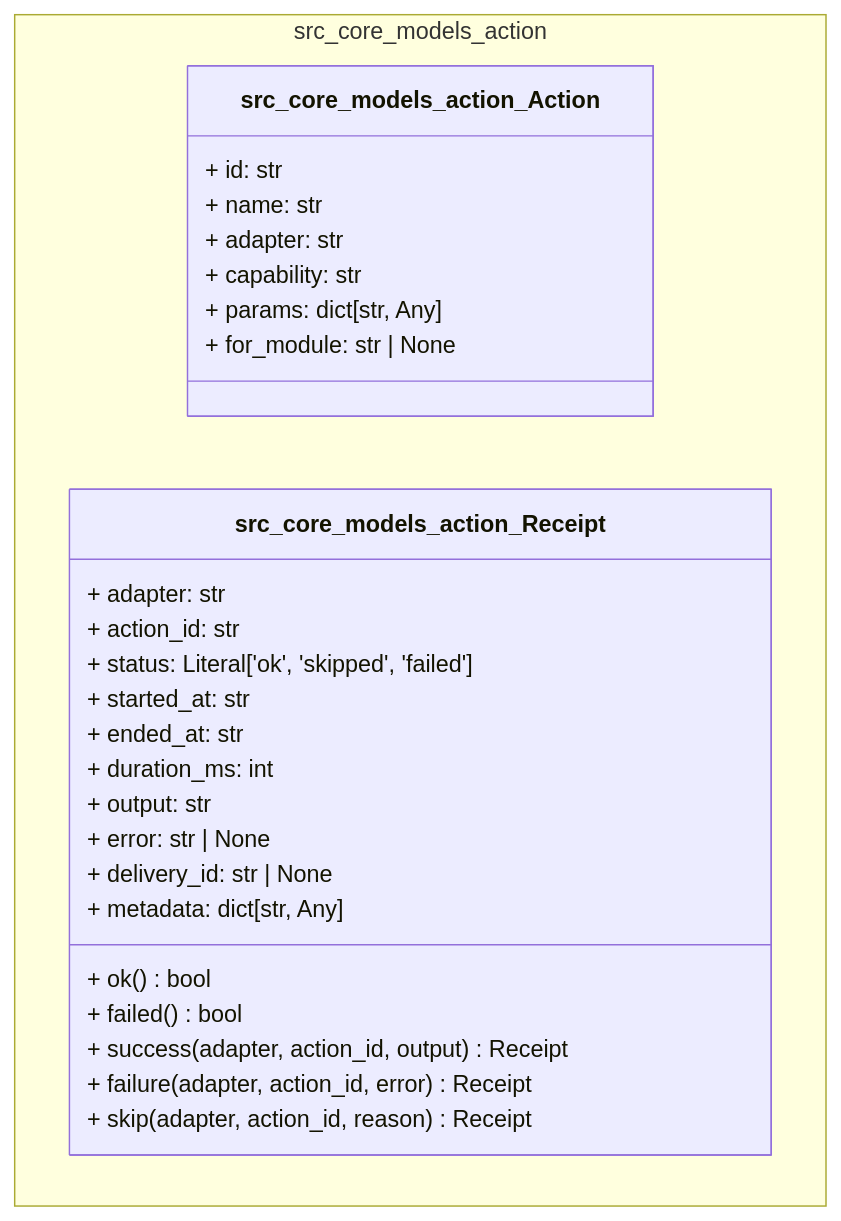
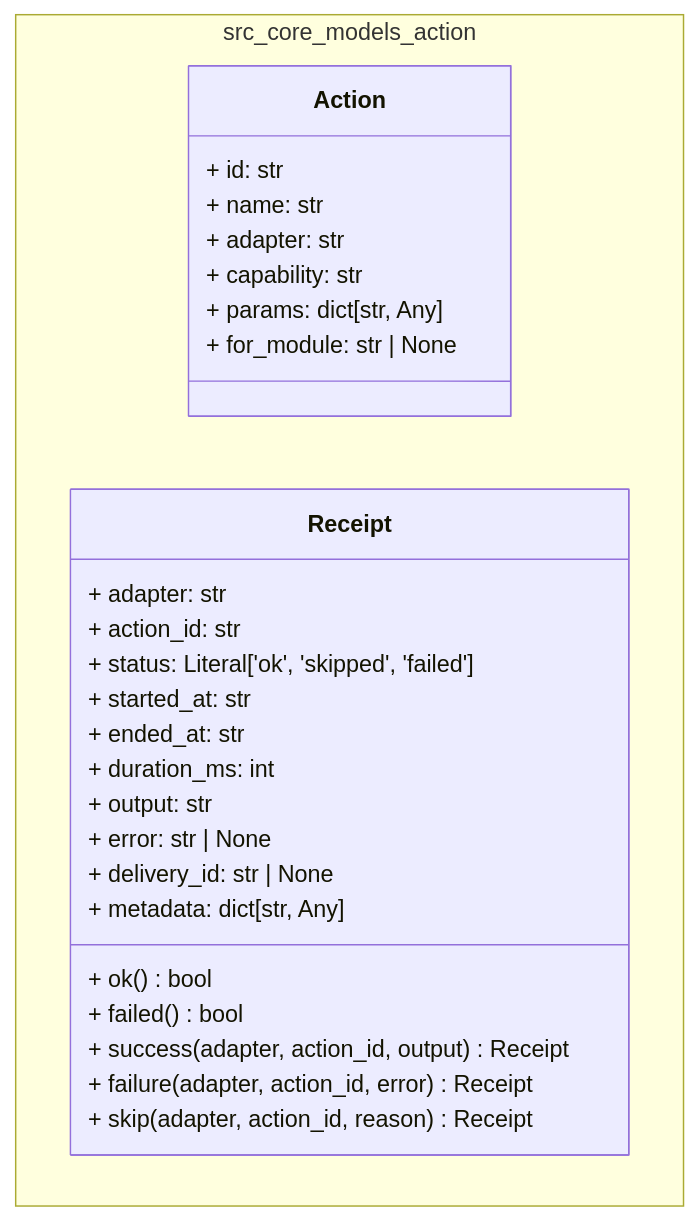
One commit to cyberpunk042/devops-control-plane changed the tenth of 35 diagrams in docs/diagrams/class_architecture.md. Above: the diagram before and after it, drawn with Mermaid. The commit also changed other lines of this file and 3 other files, not shown here.

````diff
--- a/docs/diagrams/class_architecture.md
+++ b/docs/diagrams/class_architecture.md
@@ -511,33 +511,33 @@
 ```mermaid
 classDiagram
     direction TD
 
     namespace src_core_models_action {
-        class src_core_models_action_Action {
+        class Action {
             + id: str
             + name: str
             + adapter: str
             + capability: str
             + params: dict[str, Any]
             + for_module: str | None
         }
-        class src_core_models_action_Receipt {
+        class Receipt {
             + adapter: str
             + action_id: str
             + status: Literal['ok', 'skipped', 'failed']
             + started_at: str
             + ended_at: str
             + duration_ms: int
             + output: str
             + error: str | None
             + delivery_id: str | None
             + metadata: dict[str, Any]
             + ok() bool
             + failed() bool
             + success(adapter, action_id, output) Receipt
             + failure(adapter, action_id, error) Receipt
             + skip(adapter, action_id, reason) Receipt
         }
     }
 
 ```
````
